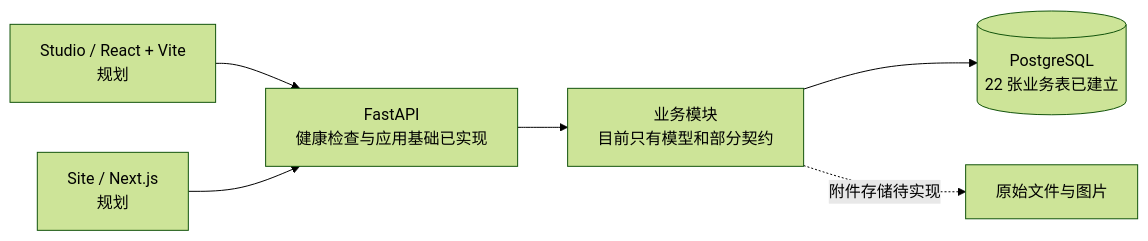
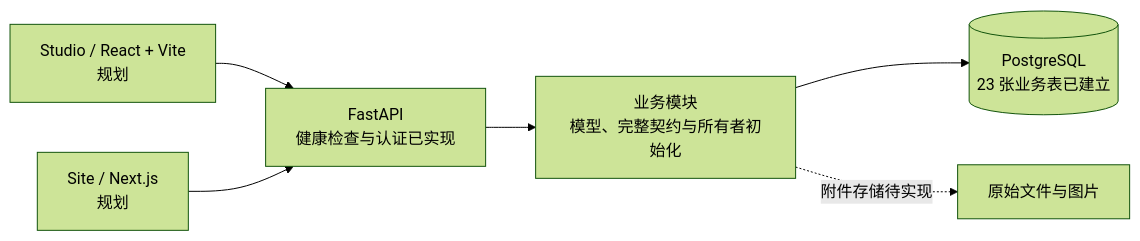
Before and after one commit to marineyulxl/Luma: the first of 3 diagrams in docs/architecture/ARCHITECTURE.md, drawn with Mermaid (forest theme). The commit also changed other lines of this file and 36 other files, not shown here.

````diff
--- a/docs/architecture/ARCHITECTURE.md
+++ b/docs/architecture/ARCHITECTURE.md
@@ -5,8 +5,8 @@
 ```mermaid
 flowchart LR
-    Studio["Studio / React + Vite<br/>规划"] --> API["FastAPI<br/>健康检查与应用基础已实现"]
+    Studio["Studio / React + Vite<br/>规划"] --> API["FastAPI<br/>健康检查与认证已实现"]
     Site["Site / Next.js<br/>规划"] --> API
-    API --> Modules["业务模块<br/>目前只有模型和部分契约"]
-    Modules --> DB[("PostgreSQL<br/>22 张业务表已建立")]
+    API --> Modules["业务模块<br/>模型、完整契约与所有者初始化"]
+    Modules --> DB[("PostgreSQL<br/>23 张业务表已建立")]
     Modules -. 附件存储待实现 .-> Files[原始文件与图片]
 ```
````
